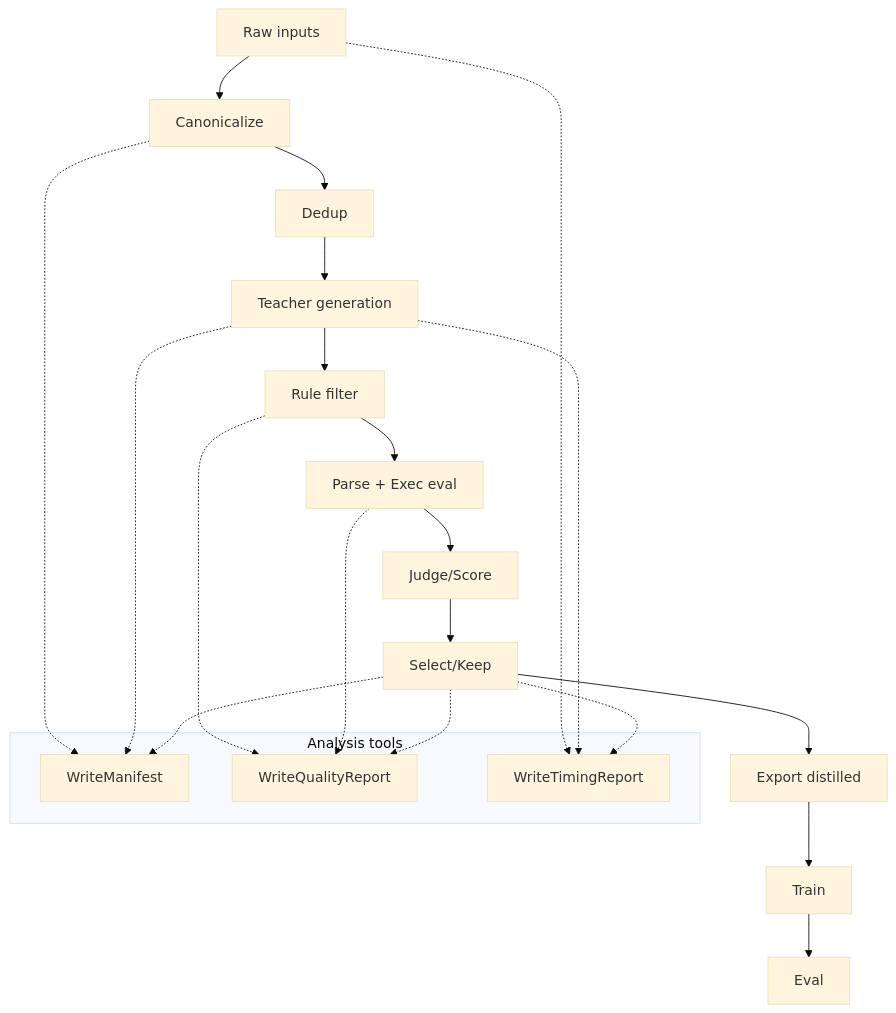
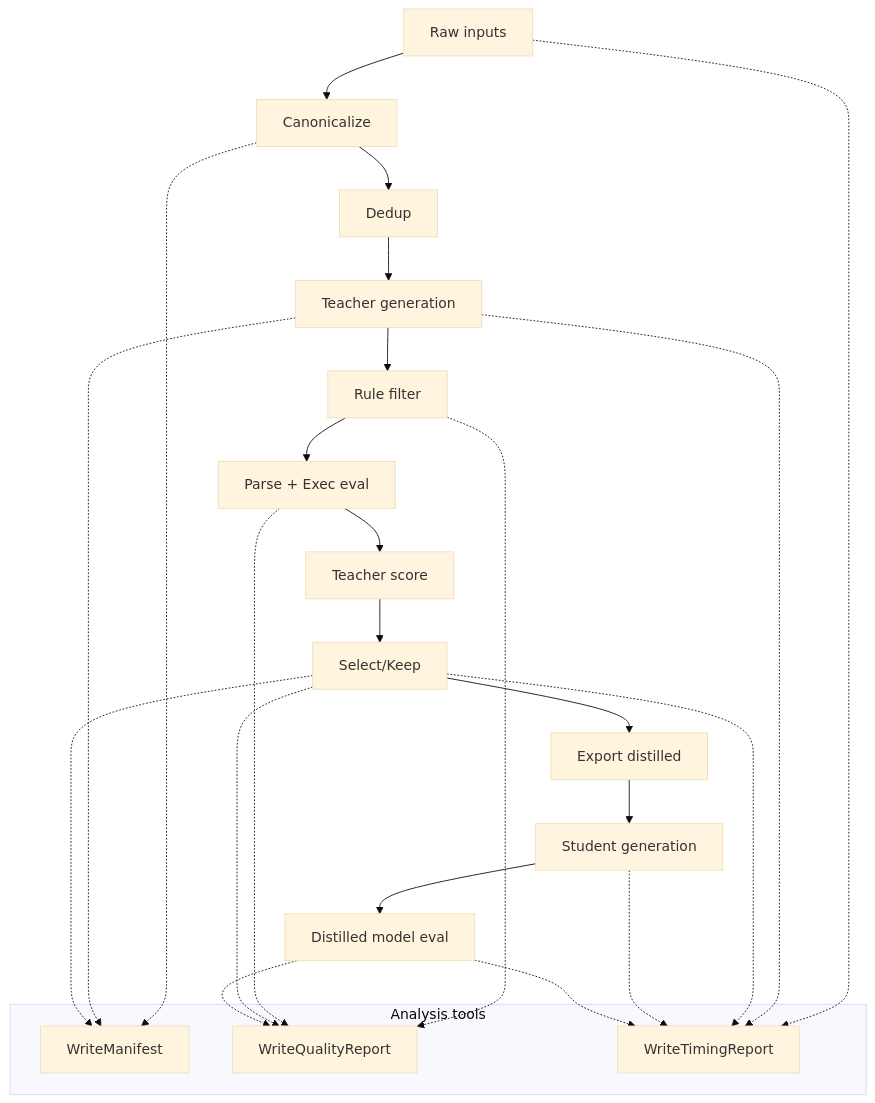
Before and after one commit to ai-clarify/fast-distill: the diagram in docs/sections/fastdistill/architecture.md, drawn with Mermaid (base theme). The commit also changed other lines of this file and 10 other files, not shown here.

Commit message:
Add student eval flow and refresh baseline

````diff
--- a/docs/sections/fastdistill/architecture.md
+++ b/docs/sections/fastdistill/architecture.md
@@ -9,29 +9,32 @@
 ```mermaid
 flowchart TD
   A[Raw inputs] --> B[Canonicalize]
   B --> C[Dedup]
   C --> D[Teacher generation]
   D --> E[Rule filter]
   E --> F[Parse + Exec eval]
-  F --> G[Judge/Score]
+  F --> G[Teacher score]
   G --> H[Select/Keep]
   H --> I[Export distilled]
-  I --> J[Train]
-  J --> K[Eval]
+  I --> J[Student generation]
+  J --> K[Distilled model eval]
 
   subgraph AnalysisTools[Analysis tools]
     M1[WriteManifest]
     M2[WriteQualityReport]
     M3[WriteTimingReport]
   end
 
   B -.-> M1
   D -.-> M1
   H -.-> M1
   E -.-> M2
   F -.-> M2
   H -.-> M2
+  K -.-> M2
   A -.-> M3
   D -.-> M3
   H -.-> M3
+  J -.-> M3
+  K -.-> M3
 ```
````
